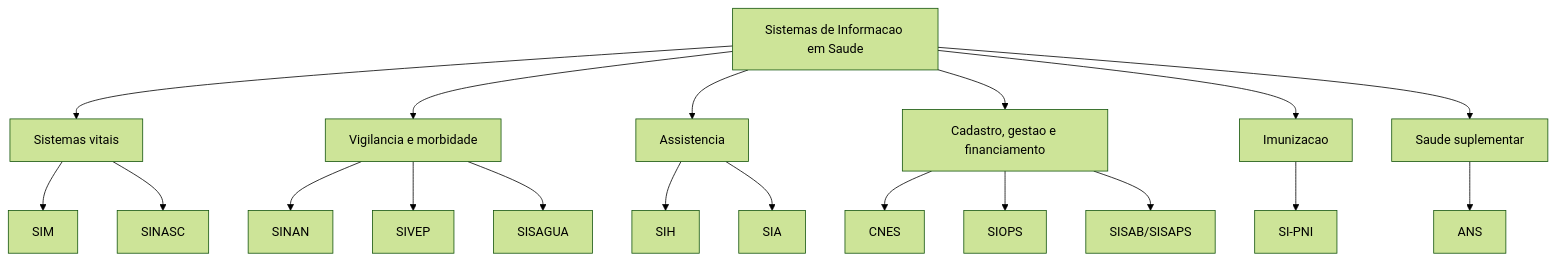
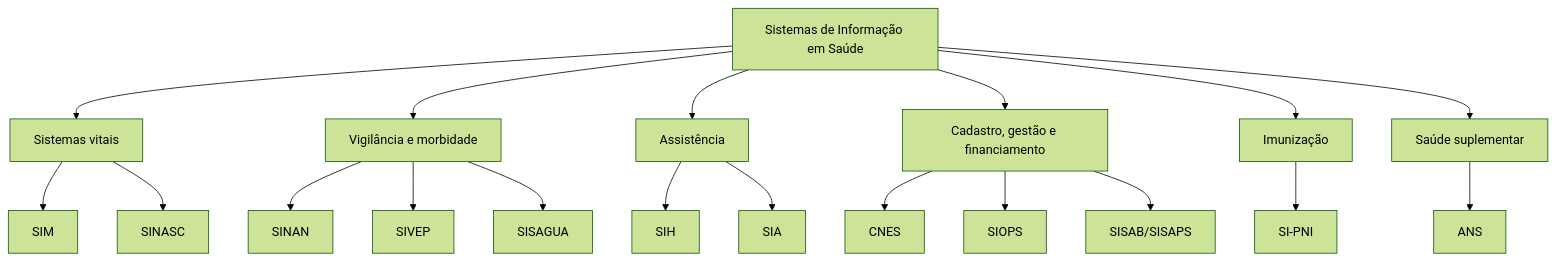
Before and after one commit to rfsaldanha/sis: the diagram in organizacao.qmd, drawn with Mermaid (forest theme). The commit also changed other lines of this file and 65 other files, not shown here.

````diff
--- a/organizacao.qmd
+++ b/organizacao.qmd
@@ -61,23 +61,23 @@
 ```{mermaid}
 flowchart TD
-  SIS[Sistemas de Informacao em Saude]
+  SIS[Sistemas de Informação em Saúde]
   SIS --> Vitais[Sistemas vitais]
-  SIS --> Vig[Vigilancia e morbidade]
-  SIS --> Assist[Assistencia]
-  SIS --> Gestao[Cadastro, gestao e financiamento]
-  SIS --> Imun[Imunizacao]
-  SIS --> Supl[Saude suplementar]
+  SIS --> Vig[Vigilância e morbidade]
+  SIS --> Assist[Assistência]
+  SIS --> Gestao[Cadastro, gestão e financiamento]
+  SIS --> Imun[Imunização]
+  SIS --> Supl[Saúde suplementar]
 
   Vitais --> SIM[SIM]
   Vitais --> SINASC[SINASC]
   Vig --> SINAN[SINAN]
   Vig --> SIVEP[SIVEP]
   Vig --> SISAGUA[SISAGUA]
   Assist --> SIH[SIH]
   Assist --> SIA[SIA]
   Gestao --> CNES[CNES]
   Gestao --> SIOPS[SIOPS]
   Gestao --> SISAPS[SISAB/SISAPS]
   Imun --> SIPNI[SI-PNI]
   Supl --> ANS[ANS]
 ```
````
